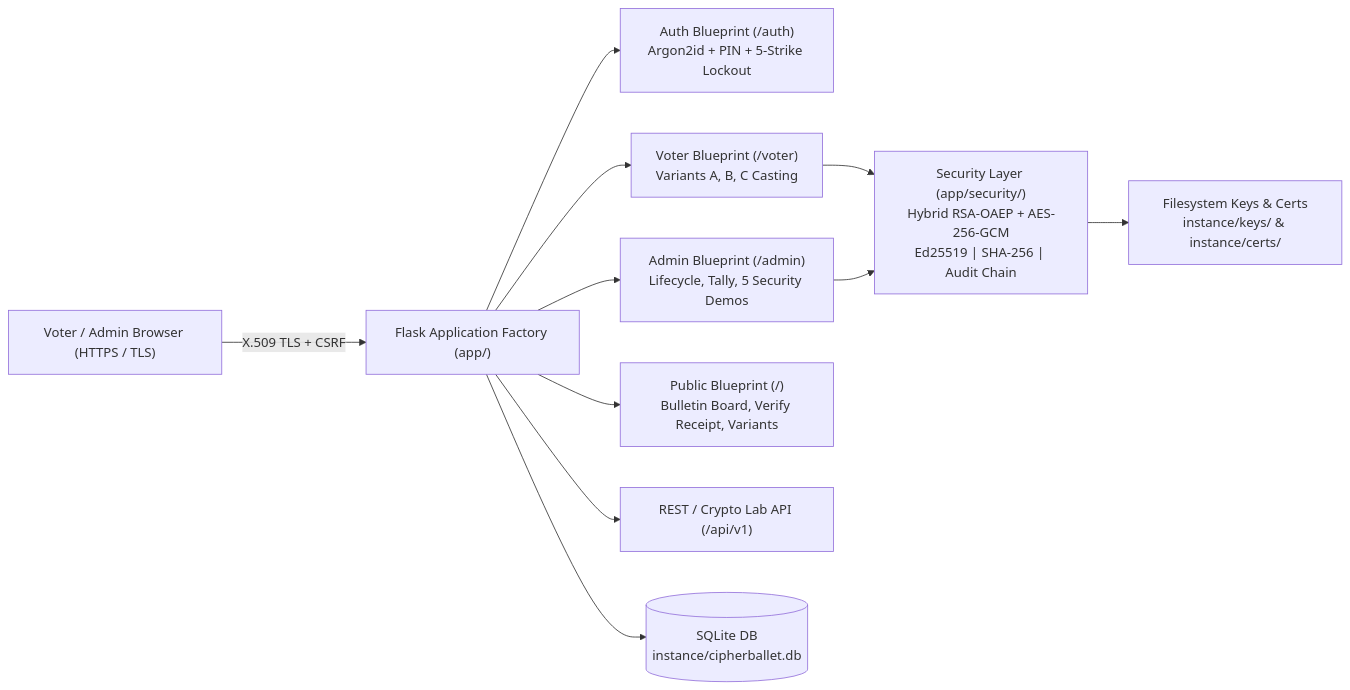
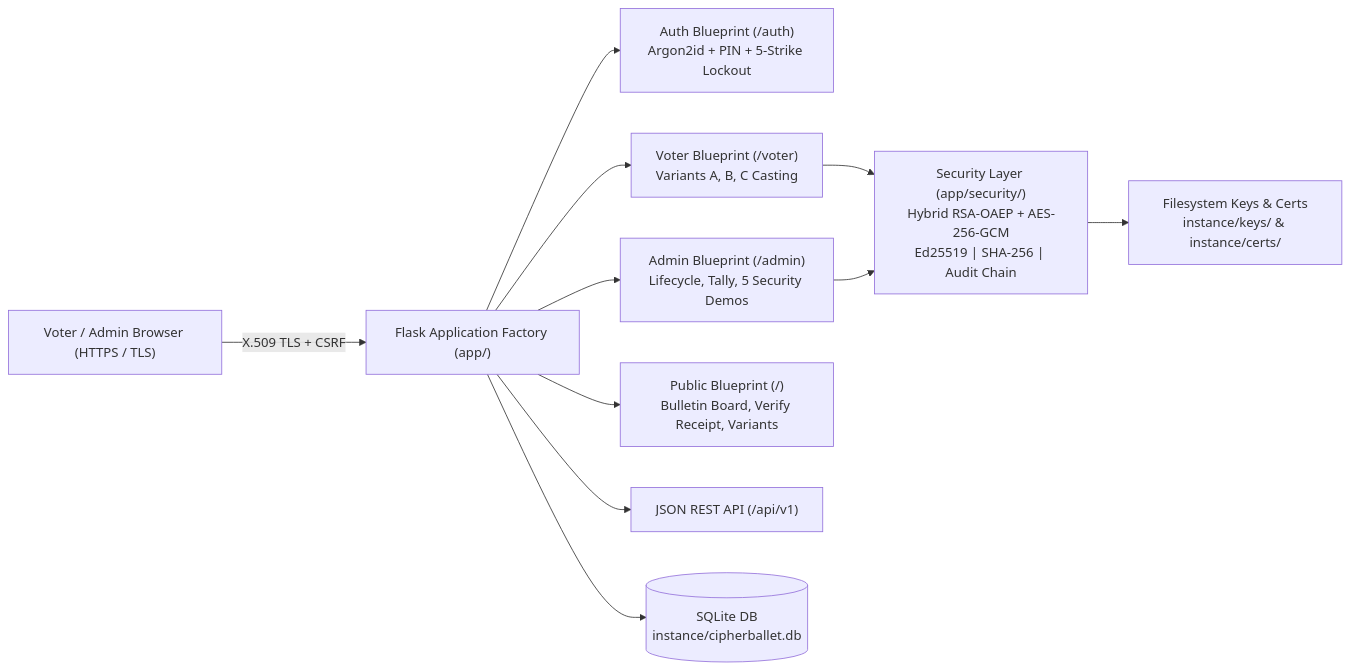
The first of 3 diagrams in docs/03_ARCHITECTURE_DFD_DB_API.md (vivek-agarwal05/CipherBallot-Voting-), drawn with Mermaid before and after one commit. The commit also changed other lines of this file and 35 other files, not shown here.

Commit message:
chore: remove unused assets, duplicate routes, CSV importer, and crypto lab sandbox

````diff
--- a/docs/03_ARCHITECTURE_DFD_DB_API.md
+++ b/docs/03_ARCHITECTURE_DFD_DB_API.md
@@ -5,14 +5,14 @@
 ```mermaid
 flowchart LR
     Browser["Voter / Admin Browser (HTTPS / TLS)"] -->|X.509 TLS + CSRF| Flask["Flask Application Factory (app/)"]
     Flask --> Auth["Auth Blueprint (/auth)\nArgon2id + PIN + 5-Strike Lockout"]
     Flask --> Voter["Voter Blueprint (/voter)\nVariants A, B, C Casting"]
     Flask --> Admin["Admin Blueprint (/admin)\nLifecycle, Tally, 5 Security Demos"]
     Flask --> Public["Public Blueprint (/)\nBulletin Board, Verify Receipt, Variants"]
-    Flask --> API["REST / Crypto Lab API (/api/v1)"]
+    Flask --> API["JSON REST API (/api/v1)"]
 
     Voter --> Crypto["Security Layer (app/security/)\nHybrid RSA-OAEP + AES-256-GCM\nEd25519 | SHA-256 | Audit Chain"]
     Admin --> Crypto
     Crypto --> Keys["Filesystem Keys & Certs\ninstance/keys/ & instance/certs/"]
     Flask --> DB[("SQLite DB\ninstance/cipherballet.db")]
 ```
````
